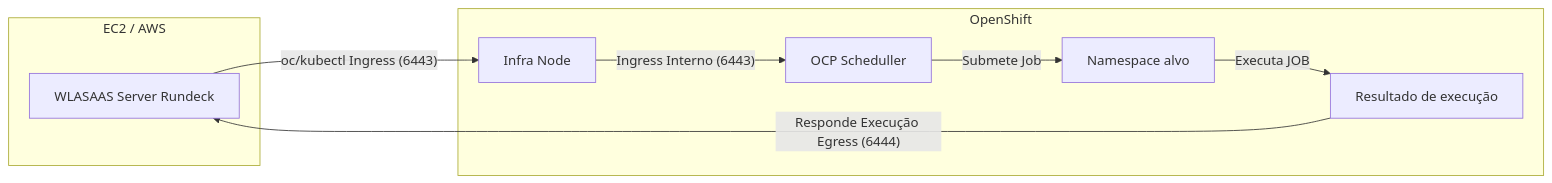
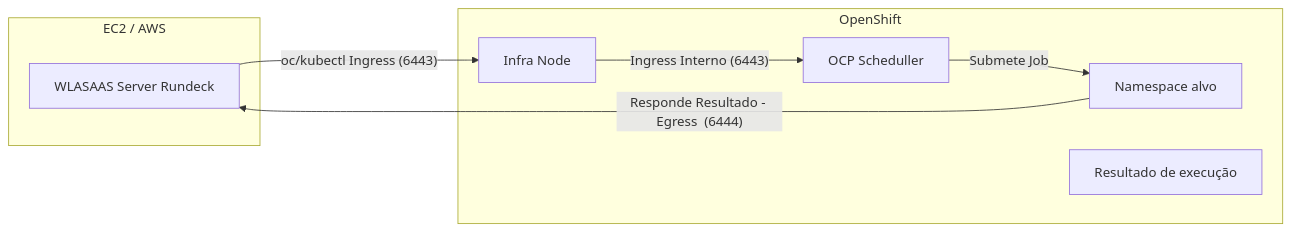
One commit to mbenedicto99/CTM_OCP changed the diagram in README.md. Above: the diagram before and after it, drawn with Mermaid.

Commit message:
WLASaaS->OCP 20250912

````diff
--- a/README.md
+++ b/README.md
@@ -127,20 +127,19 @@
 ```mermaid
 flowchart LR
   subgraph AWS["EC2 / AWS"]
     CM["WLASAAS Server Rundeck"]
   end
 
   subgraph OCP["OpenShift"]
     IN["Infra Node"]
     API["OCP Scheduller"]
     NS["Namespace alvo"]
     AG["Resultado de execução"]
   end
 
   CM -- "oc/kubectl Ingress (6443)" --> IN
   IN -- "Ingress Interno (6443)" --> API
   API -- "Submete Job" --> NS
 
-  NS -- "Executa JOB" --> AG
-  AG -- "Responde Execução Egress (6444)" --> CM
+  NS -- "Responde Resultado - Egress  (6444)" --> CM
 ```
````
